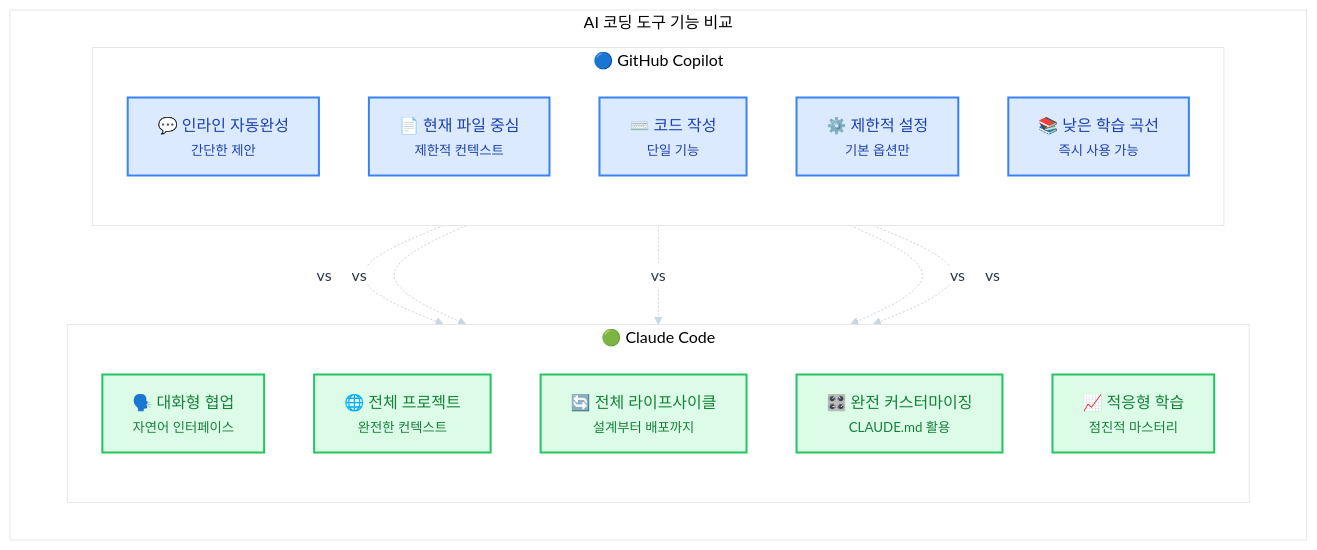
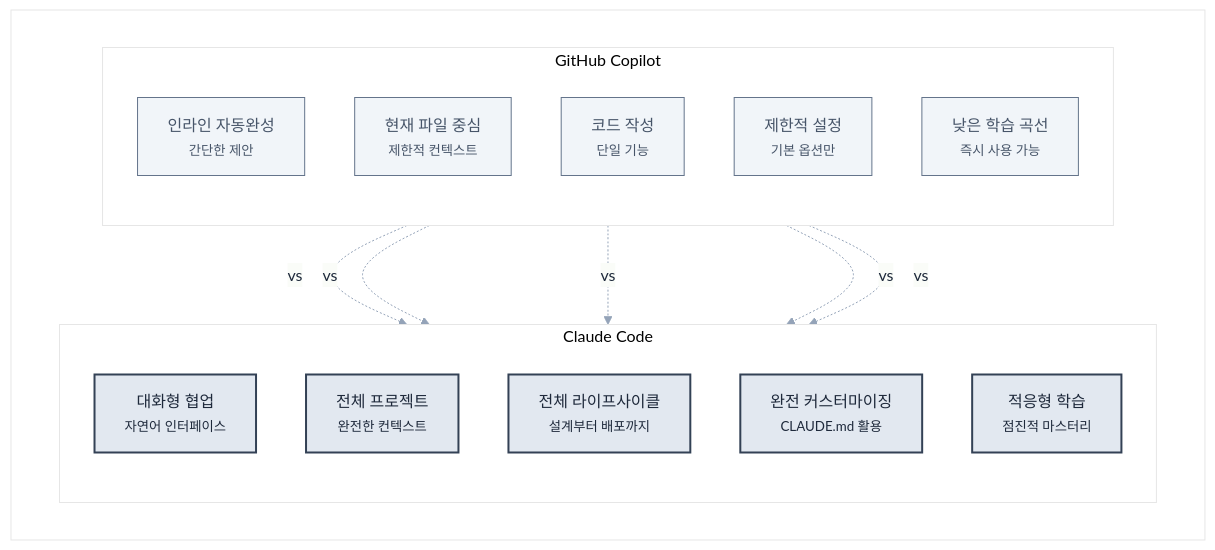
One commit to revfactory/claude-code-mastering changed the fourth of 6 diagrams in book/01-chapter1.md. Above: the diagram before and after it, drawn with Mermaid. The commit also changed other lines of this file, not shown here.

First line of the commit message:
design: 1장 다이어그램을 모던 미니멀 스타일로 리파인

````diff
--- a/book/01-chapter1.md
+++ b/book/01-chapter1.md
@@ -197,37 +200,37 @@
 ```mermaid
-%%{init: {"theme": "base", "themeVariables": {"primaryColor": "#ffffff", "primaryTextColor": "#2d3748", "primaryBorderColor": "#4a5568", "lineColor": "#cbd5e0"}}}%%
+%%{init: {"theme": "base", "themeVariables": {"primaryColor": "#f8fafc", "primaryTextColor": "#1e293b", "primaryBorderColor": "#e2e8f0", "lineColor": "#94a3b8"}}}%%
 graph LR
-    subgraph comparison ["AI 코딩 도구 기능 비교"]
+    subgraph comparison [" "]
         direction TB
         
-        subgraph copilot ["🔵 GitHub Copilot"]
+        subgraph copilot ["GitHub Copilot"]
             direction TB
-            A1["💬 인라인 자동완성<br/><small>간단한 제안</small>"]
-            A2["📄 현재 파일 중심<br/><small>제한적 컨텍스트</small>"]
-            A3["⌨️ 코드 작성<br/><small>단일 기능</small>"]
-            A4["⚙️ 제한적 설정<br/><small>기본 옵션만</small>"]
-            A5["📚 낮은 학습 곡선<br/><small>즉시 사용 가능</small>"]
+            A1["인라인 자동완성<br/><small>간단한 제안</small>"]
+            A2["현재 파일 중심<br/><small>제한적 컨텍스트</small>"]
+            A3["코드 작성<br/><small>단일 기능</small>"]
+            A4["제한적 설정<br/><small>기본 옵션만</small>"]
+            A5["낮은 학습 곡선<br/><small>즉시 사용 가능</small>"]
         end
         
-        subgraph claude ["🟢 Claude Code"]
+        subgraph claude ["Claude Code"]
             direction TB
-            B1["🗣️ 대화형 협업<br/><small>자연어 인터페이스</small>"]
-            B2["🌐 전체 프로젝트<br/><small>완전한 컨텍스트</small>"]
-            B3["🔄 전체 라이프사이클<br/><small>설계부터 배포까지</small>"]
-            B4["🎛️ 완전 커스터마이징<br/><small>CLAUDE.md 활용</small>"]
-            B5["📈 적응형 학습<br/><small>점진적 마스터리</small>"]
+            B1["대화형 협업<br/><small>자연어 인터페이스</small>"]
+            B2["전체 프로젝트<br/><small>완전한 컨텍스트</small>"]
+            B3["전체 라이프사이클<br/><small>설계부터 배포까지</small>"]
+            B4["완전 커스터마이징<br/><small>CLAUDE.md 활용</small>"]
+            B5["적응형 학습<br/><small>점진적 마스터리</small>"]
         end
         
         A1 -.->|vs| B1
         A2 -.->|vs| B2
         A3 -.->|vs| B3
         A4 -.->|vs| B4
         A5 -.->|vs| B5
     end
     
-    classDef copilotStyle fill:#dbeafe,stroke:#3b82f6,stroke-width:2px,color:#1e40af
-    classDef claudeStyle fill:#dcfce7,stroke:#22c55e,stroke-width:2px,color:#15803d
+    classDef copilotStyle fill:#f1f5f9,stroke:#64748b,stroke-width:1px,color:#475569
+    classDef claudeStyle fill:#e2e8f0,stroke:#334155,stroke-width:2px,color:#1e293b
     
     class A1,A2,A3,A4,A5 copilotStyle
     class B1,B2,B3,B4,B5 claudeStyle
 ```
````
